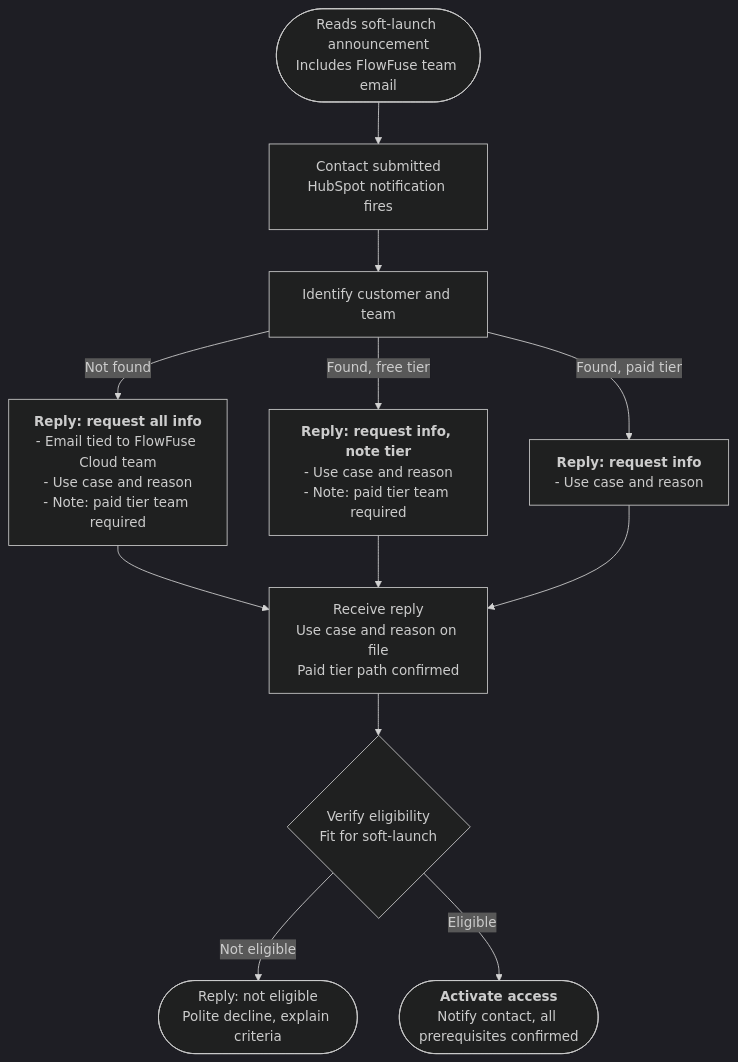
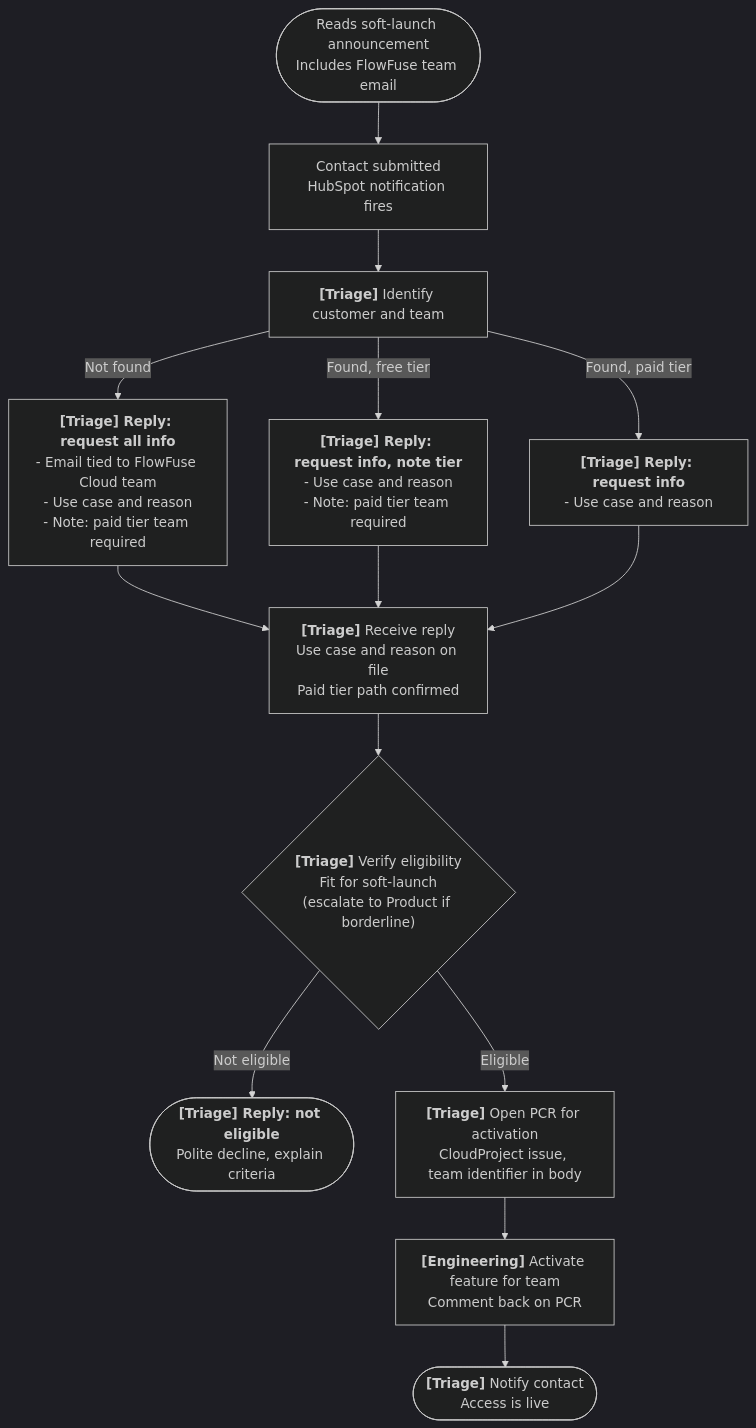
Before and after one commit to FlowFuse/website: the diagram in src/handbook/engineering/ops/expert-application-building-access.md, drawn with Mermaid (dark theme). The commit also changed other lines of this file, not shown here.

First line of the commit message:
handbook: add ownership, reply templates, and PCR handoff

````diff
--- a/src/handbook/engineering/ops/expert-application-building-access.md
+++ b/src/handbook/engineering/ops/expert-application-building-access.md
@@ -14,27 +22,31 @@
 ```mermaid
 flowchart TD
     Start(["Reads soft-launch announcement<br />Includes FlowFuse team email"])
     Contact["Contact submitted<br />HubSpot notification fires"]
-    Identify["Identify customer and team"]
+    Identify["<b>[Triage]</b> Identify customer and team"]
 
-    AskUnknown["<b>Reply: request all info</b><br />- Email tied to FlowFuse Cloud team<br />- Use case and reason<br />- Note: paid tier team required"]
-    AskFree["<b>Reply: request info, note tier</b><br />- Use case and reason<br />- Note: paid tier team required"]
-    AskPaid["<b>Reply: request info</b><br />- Use case and reason"]
+    AskUnknown["<b>[Triage] Reply: request all info</b><br />- Email tied to FlowFuse Cloud team<br />- Use case and reason<br />- Note: paid tier team required"]
+    AskFree["<b>[Triage] Reply: request info, note tier</b><br />- Use case and reason<br />- Note: paid tier team required"]
+    AskPaid["<b>[Triage] Reply: request info</b><br />- Use case and reason"]
 
-    Receive["Receive reply<br />Use case and reason on file<br />Paid tier path confirmed"]
+    Receive["<b>[Triage]</b> Receive reply<br />Use case and reason on file<br />Paid tier path confirmed"]
 
-    Eligibility{"Verify eligibility<br />Fit for soft-launch"}
-    Decline(["Reply: not eligible<br />Polite decline, explain criteria"])
-    Activate(["<b>Activate access</b><br />Notify contact, all prerequisites confirmed"])
+    Eligibility{"<b>[Triage]</b> Verify eligibility<br />Fit for soft-launch<br />(escalate to Product if borderline)"}
+    Decline(["<b>[Triage] Reply: not eligible</b><br />Polite decline, explain criteria"])
+    PCR["<b>[Triage]</b> Open PCR for activation<br />CloudProject issue, team identifier in body"]
+    Activate["<b>[Engineering]</b> Activate feature for team<br />Comment back on PCR"]
+    Notify(["<b>[Triage]</b> Notify contact<br />Access is live"])
 
     Start --> Contact --> Identify
     Identify -- "Not found" --> AskUnknown
     Identify -- "Found, free tier" --> AskFree
     Identify -- "Found, paid tier" --> AskPaid
     AskUnknown --> Receive
     AskFree --> Receive
     AskPaid --> Receive
     Receive --> Eligibility
     Eligibility -- "Not eligible" --> Decline
-    Eligibility -- "Eligible" --> Activate
+    Eligibility -- "Eligible" --> PCR
+    PCR --> Activate
+    Activate --> Notify
 ```
````
